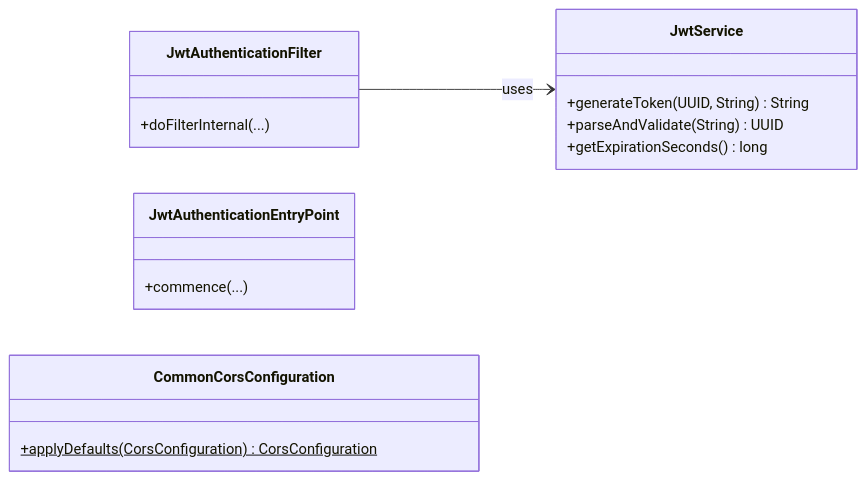
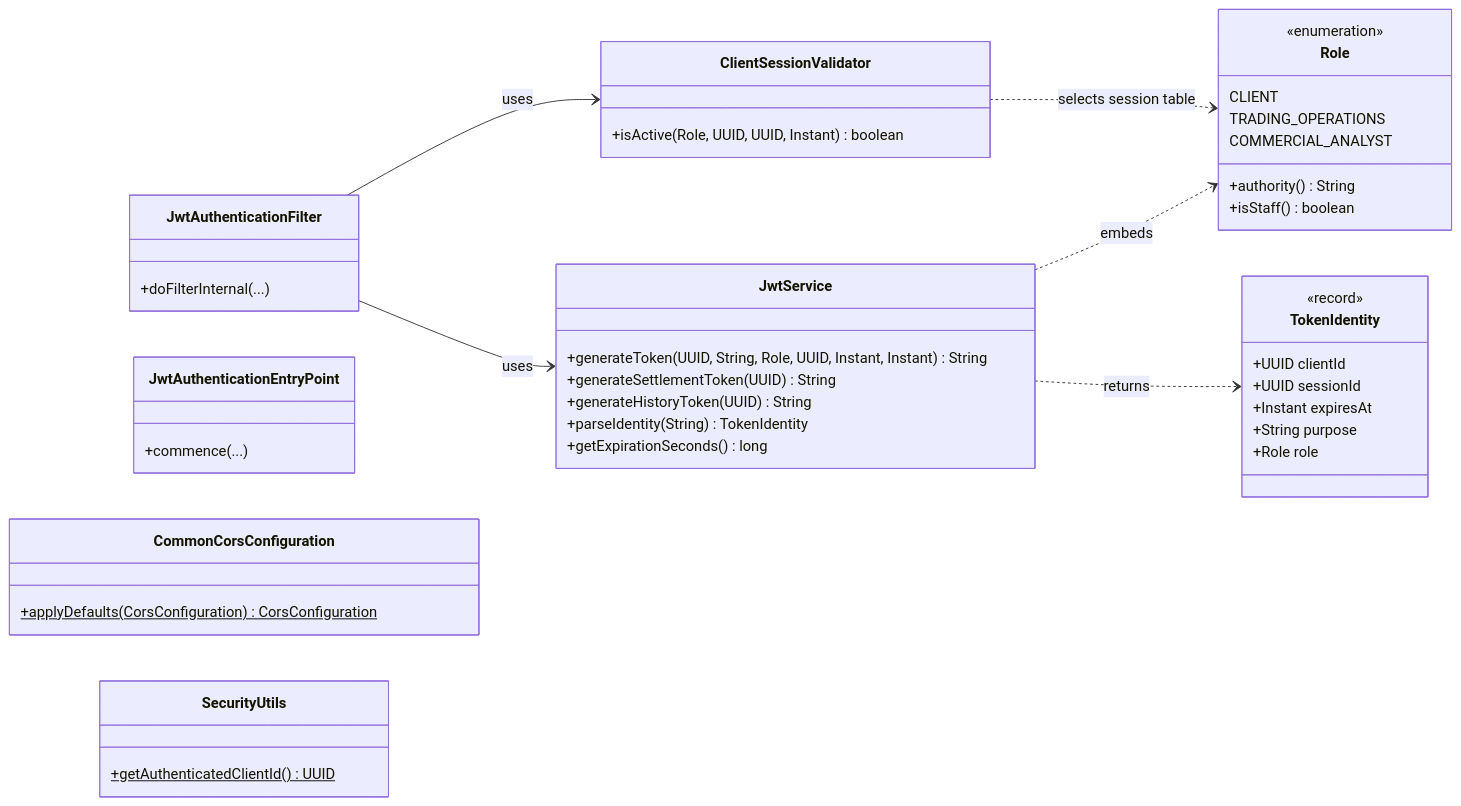
Before and after one commit to chrismuss04/leap-laugh-love: the third of 8 diagrams in README.md, drawn with Mermaid. The commit also changed other lines of this file, not shown here.

````diff
--- a/README.md
+++ b/README.md
@@ -160,21 +227,49 @@
 ```mermaid
 classDiagram
     direction LR
 
+    class Role {
+        <<enumeration>>
+        CLIENT
+        TRADING_OPERATIONS
+        COMMERCIAL_ANALYST
+        +authority() String
+        +isStaff() boolean
+    }
     class JwtService {
-        +generateToken(UUID, String) String
-        +parseAndValidate(String) UUID
+        +generateToken(UUID, String, Role, UUID, Instant, Instant) String
+        +generateSettlementToken(UUID) String
+        +generateHistoryToken(UUID) String
+        +parseIdentity(String) TokenIdentity
         +getExpirationSeconds() long
+    }
+    class TokenIdentity {
+        <<record>>
+        +UUID clientId
+        +UUID sessionId
+        +Instant expiresAt
+        +String purpose
+        +Role role
+    }
+    class ClientSessionValidator {
+        +isActive(Role, UUID, UUID, Instant) boolean
     }
     class JwtAuthenticationFilter {
         +doFilterInternal(...)
     }
     class JwtAuthenticationEntryPoint {
         +commence(...)
     }
     class CommonCorsConfiguration {
         +applyDefaults(CorsConfiguration) CorsConfiguration$
     }
+    class SecurityUtils {
+        +getAuthenticatedClientId() UUID$
+    }
 
+    JwtService ..> Role : embeds
+    JwtService ..> TokenIdentity : returns
+    ClientSessionValidator ..> Role : selects session table
     JwtAuthenticationFilter --> JwtService : uses
+    JwtAuthenticationFilter --> ClientSessionValidator : uses
 ```
````
